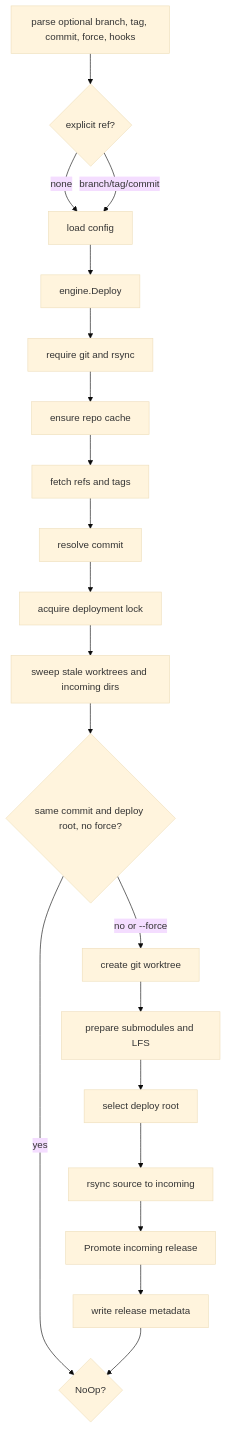
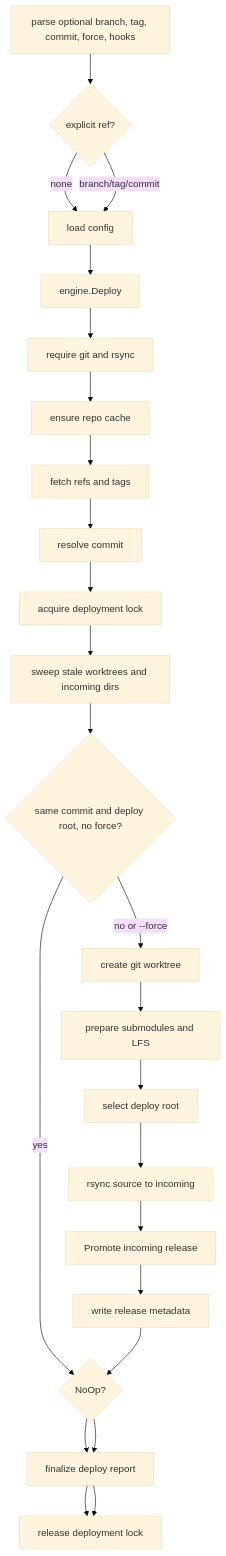
One commit to aipokalyptik/wpcloud-site-git-deploy changed the seventh of 17 diagrams in docs/code-flow.md. Above: the diagram before and after it, drawn with Mermaid (base theme). The commit also changed other lines of this file and 13 other files, not shown here.

````diff
--- a/docs/code-flow.md
+++ b/docs/code-flow.md
@@ -182,28 +182,30 @@
 ```mermaid
 flowchart TD
   PARSE["parse optional branch, tag, commit, force, hooks"]
   REF{"explicit ref?"}
   LOAD["load config"]
   ENGINE["engine.Deploy"]
   REQUIRE["require git and rsync"]
   REPO["ensure repo cache"]
   FETCH["fetch refs and tags"]
   RESOLVE["resolve commit"]
   LOCK["acquire deployment lock"]
   SWEEP["sweep stale worktrees and incoming dirs"]
   NOOP{"same commit and deploy root, no force?"}
   WORKTREE["create git worktree"]
   FEATURES["prepare submodules and LFS"]
   ROOT["select deploy root"]
   RSYNC["rsync source to incoming"]
   PROMOTE["Promote incoming release"]
   META["write release metadata"]
+  REPORT["finalize deploy report"]
+  UNLOCK["release deployment lock"]
   PRINT{"NoOp?"}
 
   PARSE --> REF
   REF -->|"none"| LOAD
   REF -->|"branch/tag/commit"| LOAD
   LOAD --> ENGINE --> REQUIRE --> REPO --> FETCH --> RESOLVE --> LOCK --> SWEEP --> NOOP
-  NOOP -->|"yes"| PRINT
-  NOOP -->|"no or --force"| WORKTREE --> FEATURES --> ROOT --> RSYNC --> PROMOTE --> META --> PRINT
+  NOOP -->|"yes"| PRINT --> REPORT --> UNLOCK
+  NOOP -->|"no or --force"| WORKTREE --> FEATURES --> ROOT --> RSYNC --> PROMOTE --> META --> PRINT --> REPORT --> UNLOCK
 ```
````
